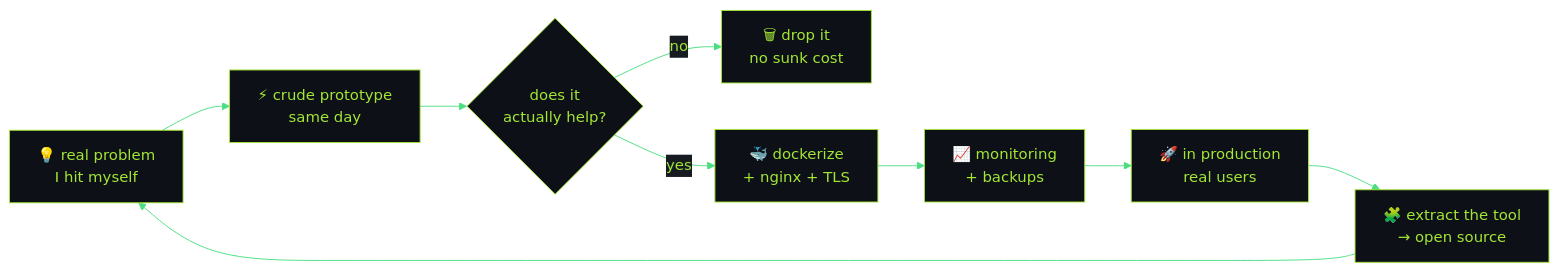
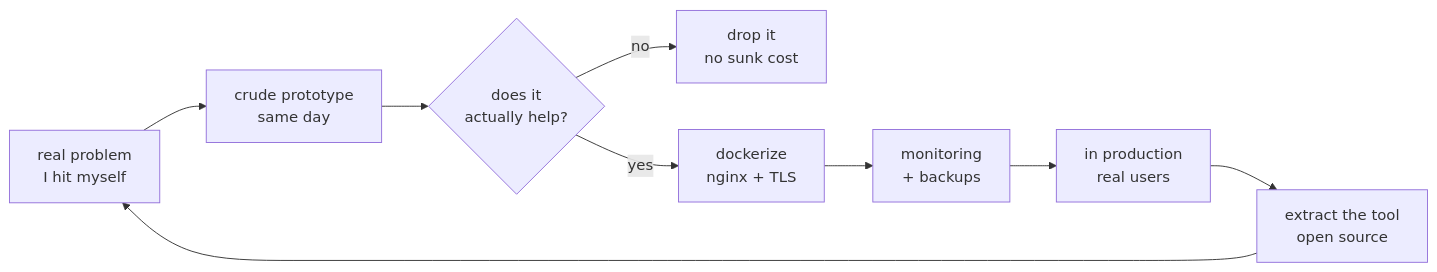
One commit to kostya5524/kostya5524 changed the diagram in README.md. Above: the diagram before and after it, drawn with Mermaid.

Commit message:
fix: mermaid failed to render on GitHub — drop the init directive and emoji

````diff
--- a/README.md
+++ b/README.md
@@ -219,12 +219,11 @@
 ```mermaid
-%%{init: {'theme':'base','themeVariables':{'primaryColor':'#0d1117','primaryTextColor':'#a3e635','primaryBorderColor':'#a3e635','lineColor':'#4ade80','secondaryColor':'#161b22','tertiaryColor':'#161b22','fontFamily':'ui-monospace, monospace'}}}%%
 flowchart LR
-    A["💡 real problem<br/>I hit myself"] --> B["⚡ crude prototype<br/>same day"]
+    A["real problem<br/>I hit myself"] --> B["crude prototype<br/>same day"]
     B --> C{"does it<br/>actually help?"}
-    C -->|no| Z["🗑 drop it<br/>no sunk cost"]
-    C -->|yes| D["🐳 dockerize<br/>+ nginx + TLS"]
-    D --> E["📈 monitoring<br/>+ backups"]
-    E --> F["🚀 in production<br/>real users"]
-    F --> G["🧩 extract the tool<br/>→ open source"]
+    C -->|no| Z["drop it<br/>no sunk cost"]
+    C -->|yes| D["dockerize<br/>nginx + TLS"]
+    D --> E["monitoring<br/>+ backups"]
+    E --> F["in production<br/>real users"]
+    F --> G["extract the tool<br/>open source"]
     G --> A
 ```
````
